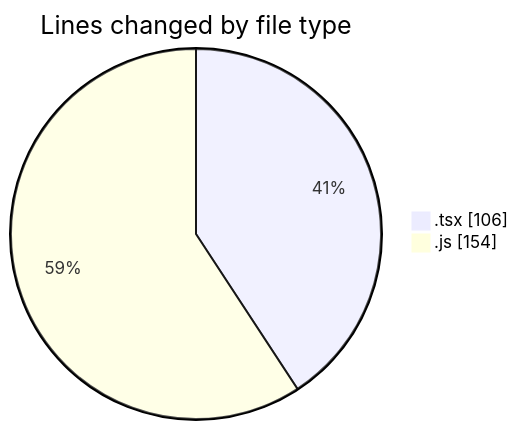
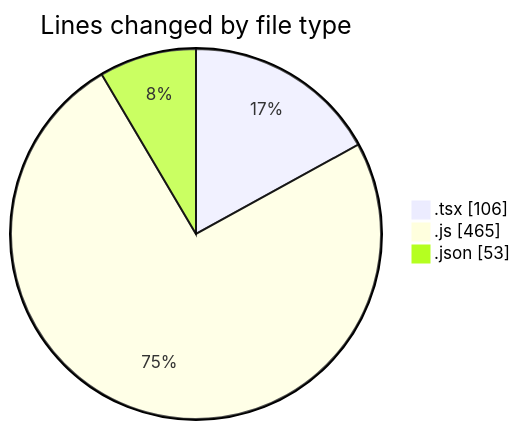
Before and after one commit to Elitesun/code-tracking: the first of 2 diagrams in 2025-05-28/elitesun/README.md, drawn with Mermaid. The commit also changed other lines of this file and 1 other file, not shown here.

````diff
--- a/2025-05-28/elitesun/README.md
+++ b/2025-05-28/elitesun/README.md
@@ -23,6 +25,7 @@
 ```mermaid
 pie showData
 title Lines changed by file type
 ".tsx" : 106
-".js" : 154
+".js" : 465
+".json" : 53
 ```
````
